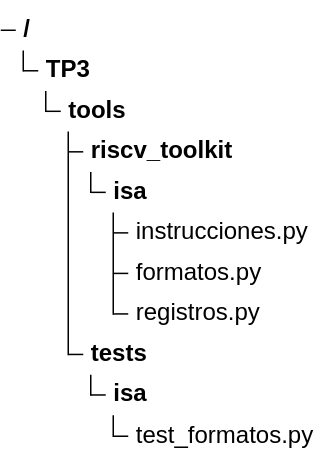
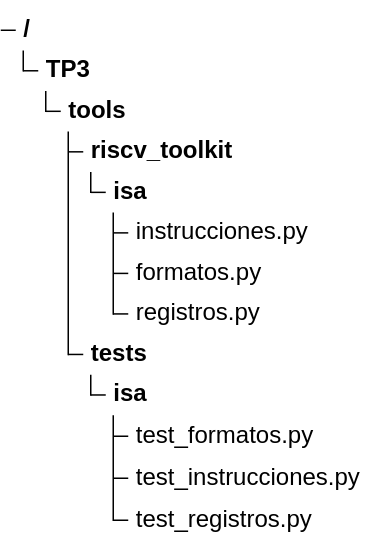
One commit to nicopinera/tps-arqui changed the seventh of 47 diagrams in docs/PRD-pipeline-riscv.md. Above: the diagram before and after it, drawn with Mermaid. The commit also changed other lines of this file and 5 other files, not shown here.

````diff
--- a/docs/PRD-pipeline-riscv.md
+++ b/docs/PRD-pipeline-riscv.md
@@ -697,13 +697,15 @@
 ```mermaid
 treeView-beta
     "TP3/"
         "tools/"
             "riscv_toolkit/"
                 "isa/"
                     "instrucciones.py"
                     "formatos.py"
                     "registros.py"
             "tests/"
                 "isa/"
                     "test_formatos.py"
+                    "test_instrucciones.py"
+                    "test_registros.py"
 ```
````
